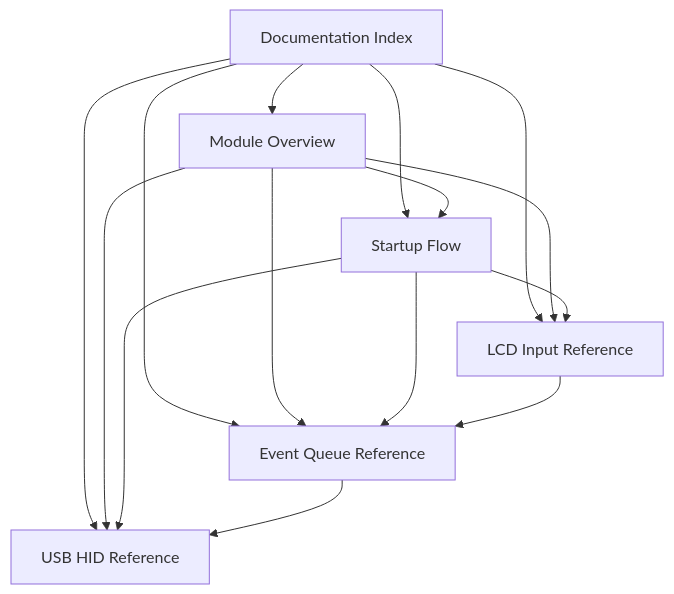
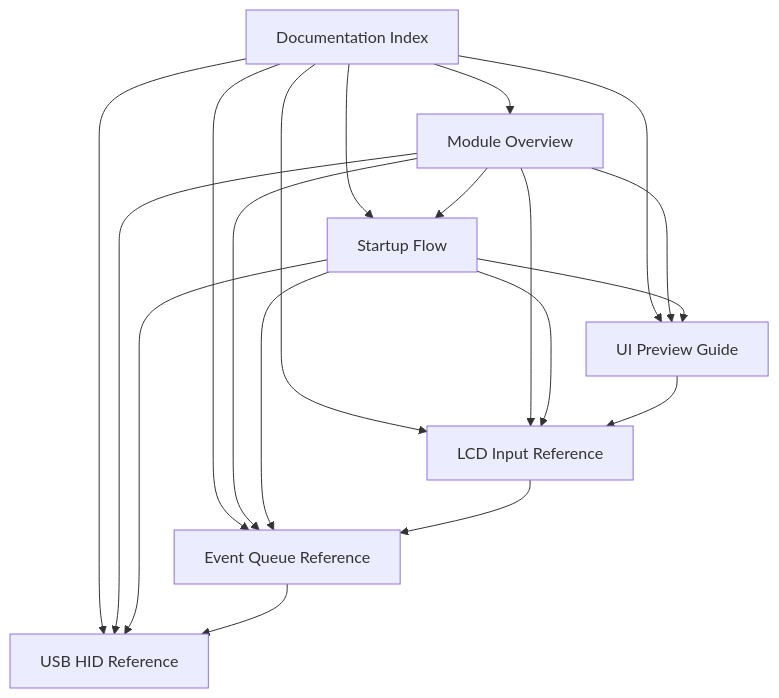
The diagram in docs/README.md (pirakansa/pico_LCD_IDE), drawn with Mermaid before and after one commit. The commit also changed other lines of this file and 7 other files, not shown here.

First line of the commit message:
feat(lcd): add host UI preview workflow

````diff
--- a/docs/README.md
+++ b/docs/README.md
@@ -17,17 +18,21 @@
 ```mermaid
 flowchart TD
     A[Documentation Index] --> B[Module Overview]
     A --> C[Startup Flow]
-    A --> D[LCD Input Reference]
-    A --> E[Event Queue Reference]
-    A --> F[USB HID Reference]
+    A --> D[UI Preview Guide]
+    A --> E[LCD Input Reference]
+    A --> F[Event Queue Reference]
+    A --> G[USB HID Reference]
     B --> C
     B --> D
     B --> E
     B --> F
+    B --> G
     C --> D
     C --> E
     C --> F
+    C --> G
     D --> E
     E --> F
+    F --> G
 ```
````
